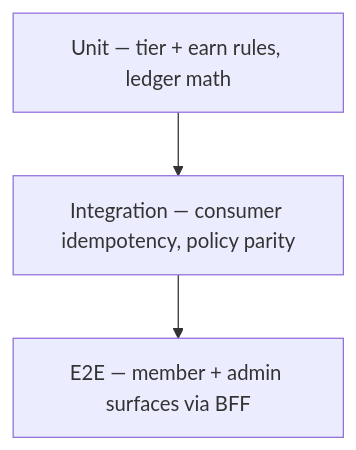
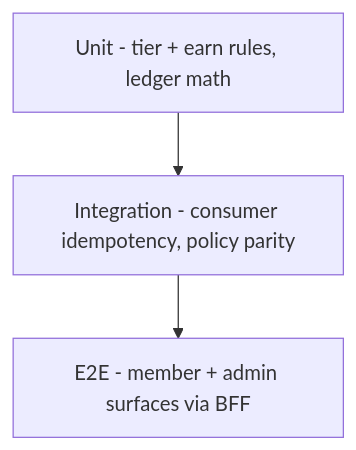
One commit to Hotel8/hotel8-site changed diagram 11 of 11 in docs/products/loyalty/design.md. Above: the diagram before and after it, drawn with Mermaid. The commit also changed other lines of this file and 61 other files, not shown here.

````diff
--- a/docs/products/loyalty/design.md
+++ b/docs/products/loyalty/design.md
@@ -213,5 +213,5 @@
 ```mermaid
 graph TD
-    UL[Unit — tier + earn rules, ledger math] --> IL[Integration — consumer idempotency, policy parity]
-    IL --> EL[E2E — member + admin surfaces via BFF]
+    UL[Unit - tier + earn rules, ledger math] --> IL[Integration - consumer idempotency, policy parity]
+    IL --> EL[E2E - member + admin surfaces via BFF]
 ```
````
